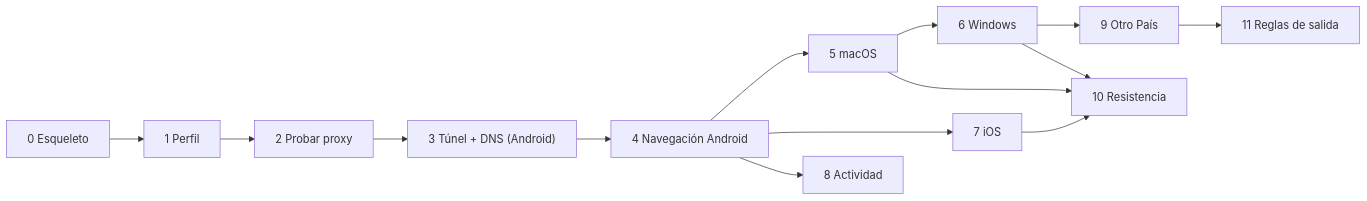
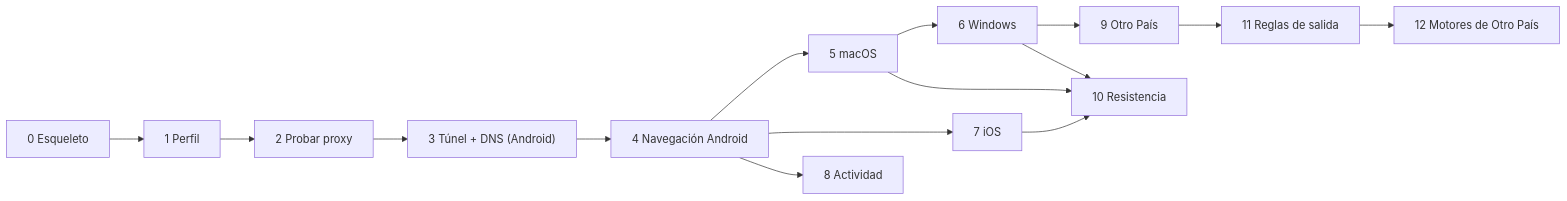
One commit to drewdev02/Proxy changed the diagram in ROADMAP.md. Above: the diagram before and after it, drawn with Mermaid. The commit also changed other lines of this file and 13 other files, not shown here.

Commit message:
ROADMAP: queda como estado (tabla con la capa 12, qué falta y lo hecho desde entonces) y el detalle de cada capa pasa íntegro a docs/capas; la capa 8 lleva una nota de que los contadores de tráfico ya están

````diff
--- a/ROADMAP.md
+++ b/ROADMAP.md
@@ -32,9 +37,10 @@
 ```mermaid
 flowchart LR
     C0["0 Esqueleto"] --> C1["1 Perfil"] --> C2["2 Probar proxy"] --> C3["3 Túnel + DNS (Android)"] --> C4["4 Navegación Android"]
     C4 --> C5["5 macOS"] --> C6["6 Windows"]
     C4 --> C7["7 iOS"]
     C4 --> C8["8 Actividad"]
     C6 --> C9["9 Otro País"] --> C11["11 Reglas de salida"]
     C5 & C6 & C7 --> C10["10 Resistencia"]
+    C11 --> C12["12 Motores de Otro País"]
 ```
````
